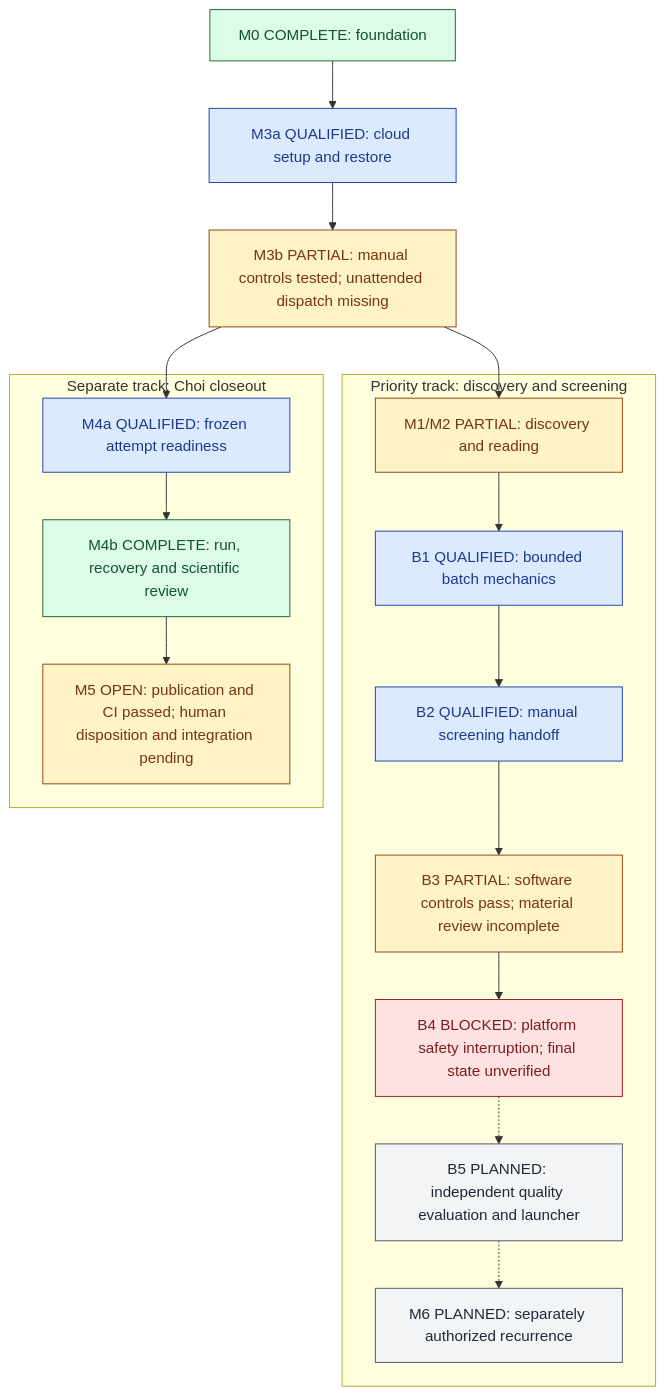
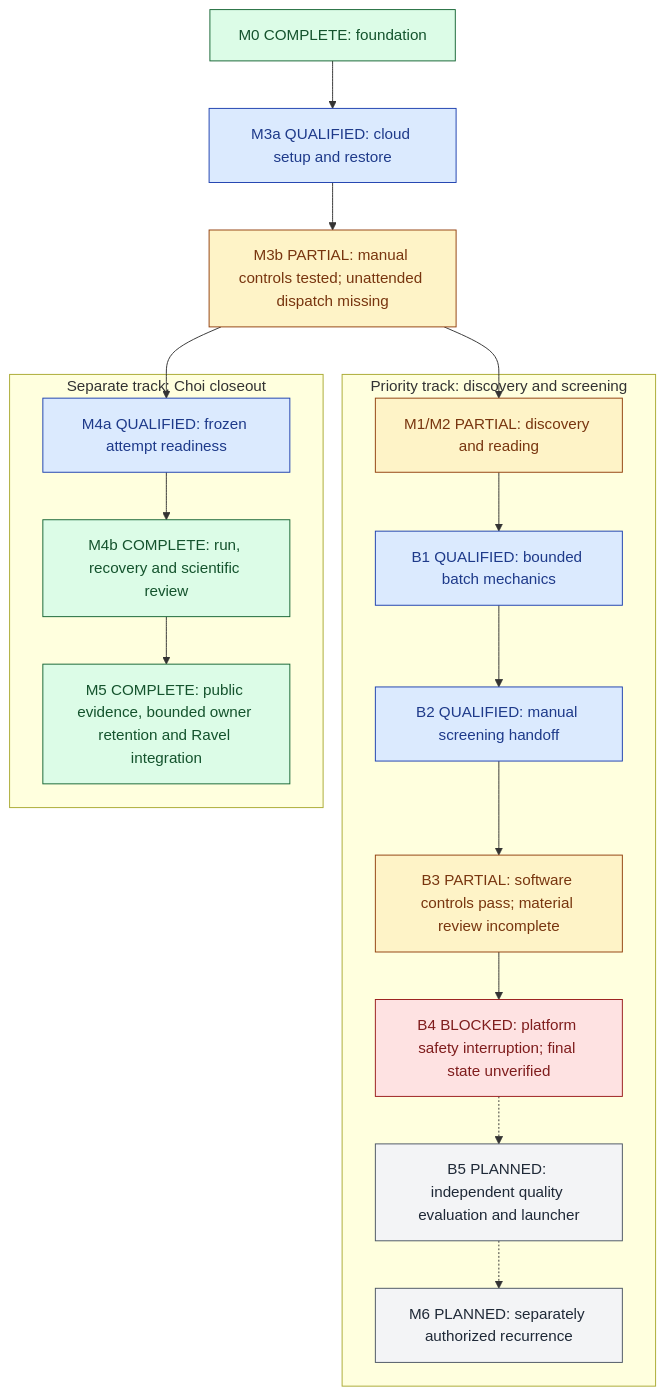
One commit to xorca0711/weft changed the diagram in docs/IMPLEMENTATION_PLAN.md. Above: the diagram before and after it, drawn with Mermaid. The commit also changed other lines of this file and 14 other files, not shown here.

Commit message:
Close bounded Choi pilot and route its trial dossier to Ravel intake

````diff
--- a/docs/IMPLEMENTATION_PLAN.md
+++ b/docs/IMPLEMENTATION_PLAN.md
@@ -113,29 +113,29 @@
 ```mermaid
 flowchart TD
     F["M0 COMPLETE: foundation"] --> E["M3a QUALIFIED: cloud setup and restore"]
     E --> J["M3b PARTIAL: manual controls tested; unattended dispatch missing"]
     subgraph BACKEND["Priority track: discovery and screening"]
         Q["M1/M2 PARTIAL: discovery and reading"] --> B1["B1 QUALIFIED: bounded batch mechanics"]
         B1 --> B2["B2 QUALIFIED: manual screening handoff"]
         B2 --> B3["B3 PARTIAL: software controls pass; material review incomplete"]
         B3 --> B4["B4 BLOCKED: platform safety interruption; final state unverified"]
         B4 -.-> B5["B5 PLANNED: independent quality evaluation and launcher"]
         B5 -.-> M6["M6 PLANNED: separately authorized recurrence"]
     end
     subgraph PILOT["Separate track: Choi closeout"]
         R["M4a QUALIFIED: frozen attempt readiness"] --> C["M4b COMPLETE: run, recovery and scientific review"]
-        C --> I["M5 OPEN: publication and CI passed; human disposition and integration pending"]
+        C --> I["M5 COMPLETE: public evidence, bounded owner retention and Ravel integration"]
     end
     J --> Q
     J --> R
     classDef done fill:#dcfce7,stroke:#166534,color:#14532d
     classDef qualified fill:#dbeafe,stroke:#1e40af,color:#1e3a8a
     classDef partial fill:#fef3c7,stroke:#92400e,color:#78350f
     classDef blocked fill:#fee2e2,stroke:#991b1b,color:#7f1d1d
     classDef planned fill:#f3f4f6,stroke:#4b5563,color:#1f2937
-    class F,C done
+    class F,C,I done
     class E,B1,B2,R qualified
-    class J,Q,B3,I partial
+    class J,Q,B3 partial
     class B4 blocked
     class B5,M6 planned
 ```
````
